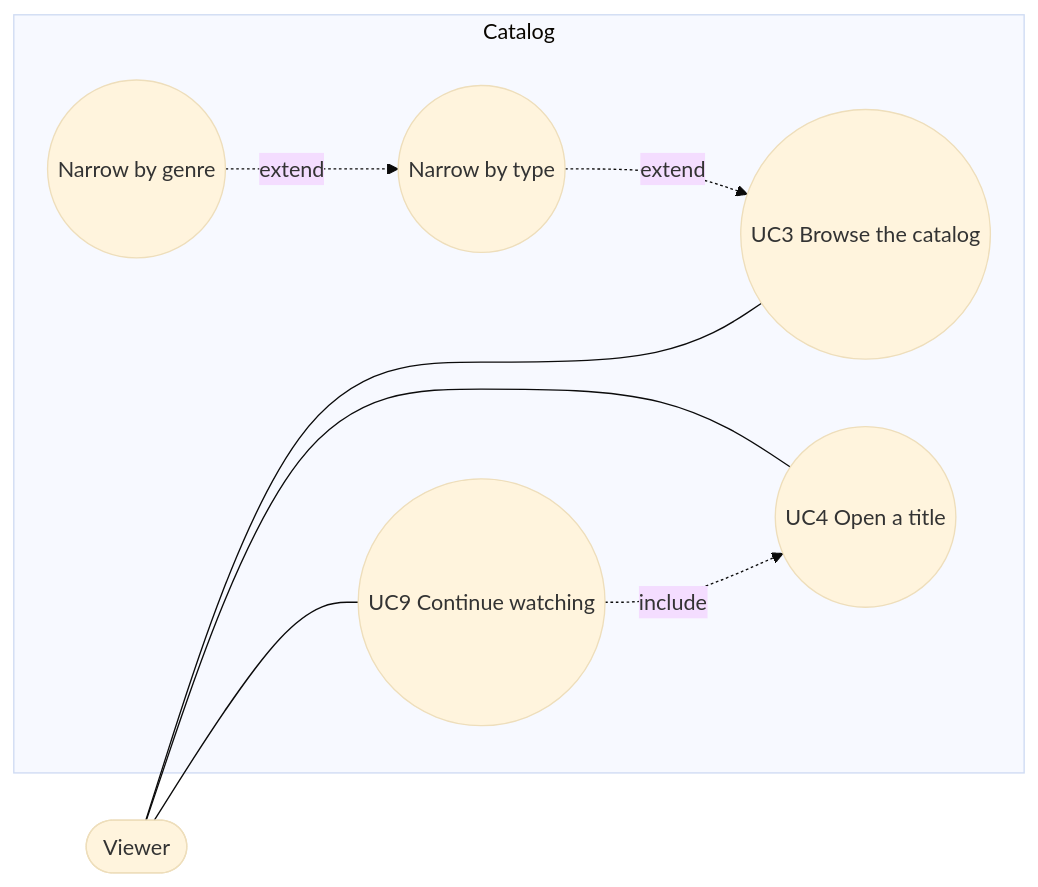
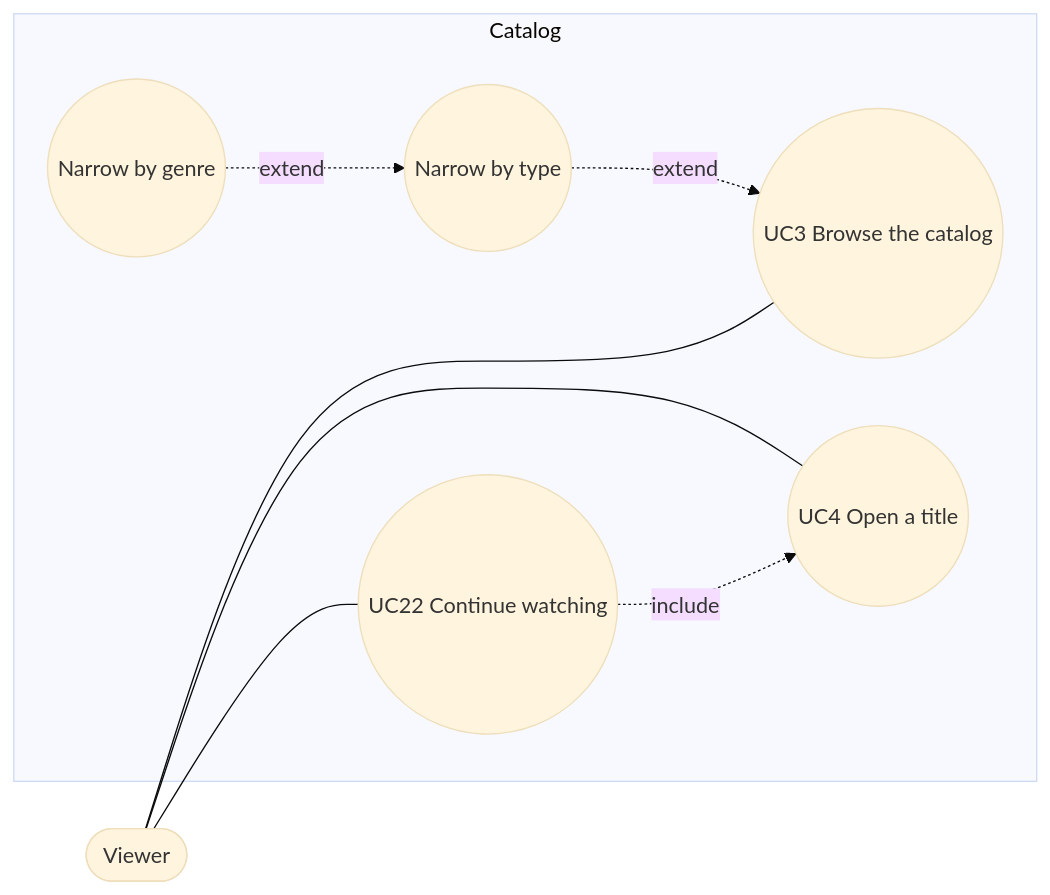
The diagram in docs/architecture/diagrams/catalog/01-use-case.md (benoit-bremaud/popcorntv), drawn with Mermaid (base theme) before and after one commit. The commit also changed other lines of this file and 15 other files, not shown here.

First line of the commit message:
fix(catalog): address the continue-watching review

````diff
--- a/docs/architecture/diagrams/catalog/01-use-case.md
+++ b/docs/architecture/diagrams/catalog/01-use-case.md
@@ -8,17 +8,17 @@
 ```mermaid
 flowchart LR
   viewer([Viewer])
   subgraph Catalog
     uc3((UC3 Browse the catalog))
     uc3a((Narrow by type))
     uc3b((Narrow by genre))
     uc4((UC4 Open a title))
-    uc9((UC9 Continue watching))
+    uc22((UC22 Continue watching))
   end
   viewer --- uc3
   viewer --- uc4
-  viewer --- uc9
-  uc9 -. include .-> uc4
+  viewer --- uc22
+  uc22 -. include .-> uc4
   uc3a -. extend .-> uc3
   uc3b -. extend .-> uc3a
 ```
````
